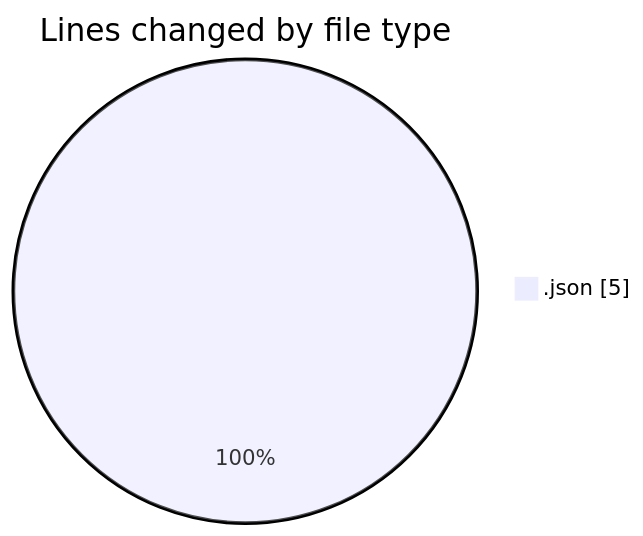
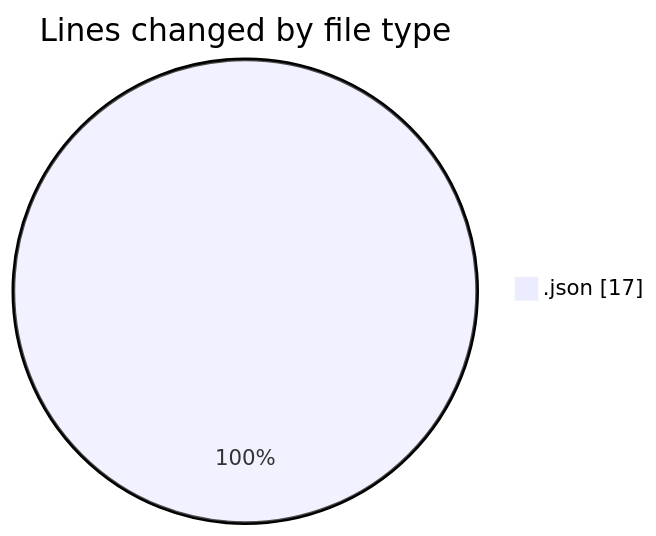
The first of 2 diagrams in 2025-05-02/niten/README.md (Elitesun/code-tracking), drawn with Mermaid before and after one commit. The commit also changed other lines of this file and 1 other file, not shown here.

````diff
--- a/2025-05-02/niten/README.md
+++ b/2025-05-02/niten/README.md
@@ -20,5 +20,5 @@
 ```mermaid
 pie showData
 title Lines changed by file type
-".json" : 5
+".json" : 17
 ```
````
